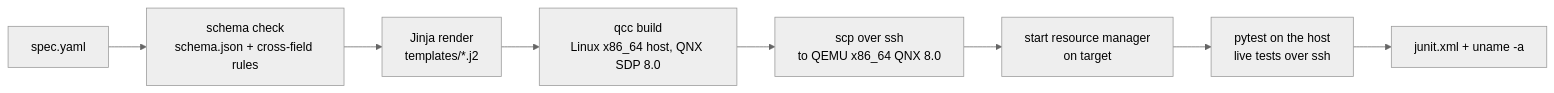
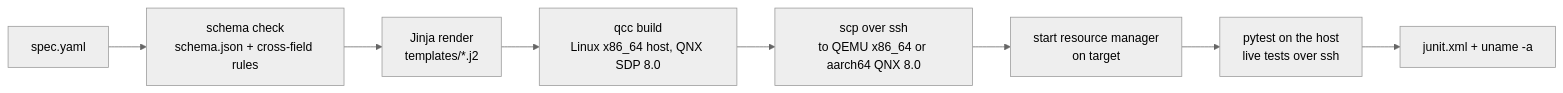
The first of 2 diagrams in ARCHITECTURE.md (Tharun2075/resmgr-kit), drawn with Mermaid (neutral theme) before and after one commit. The commit also changed other lines of this file and 3 other files, not shown here.

Commit message:
docs: aarch64 run stated in README and ARCHITECTURE, make-target in codelab step 2, estop pulse note

````diff
--- a/ARCHITECTURE.md
+++ b/ARCHITECTURE.md
@@ -5,10 +5,10 @@
 ```mermaid
 flowchart LR
     A[spec.yaml] --> B[schema check<br/>schema.json + cross-field rules]
     B --> C[Jinja render<br/>templates/*.j2]
     C --> D[qcc build<br/>Linux x86_64 host, QNX SDP 8.0]
-    D --> E[scp over ssh<br/>to QEMU x86_64 QNX 8.0]
+    D --> E[scp over ssh<br/>to QEMU x86_64 or aarch64 QNX 8.0]
     E --> F[start resource manager<br/>on target]
     F --> G[pytest on the host<br/>live tests over ssh]
     G --> H[junit.xml + uname -a]
 ```
````
